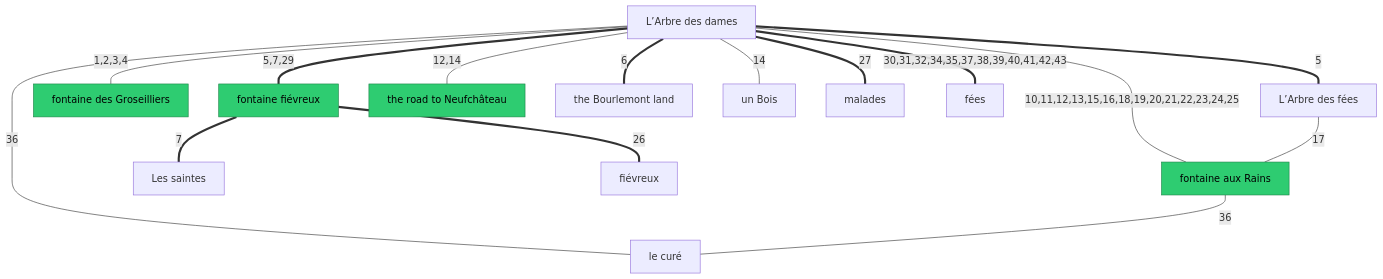
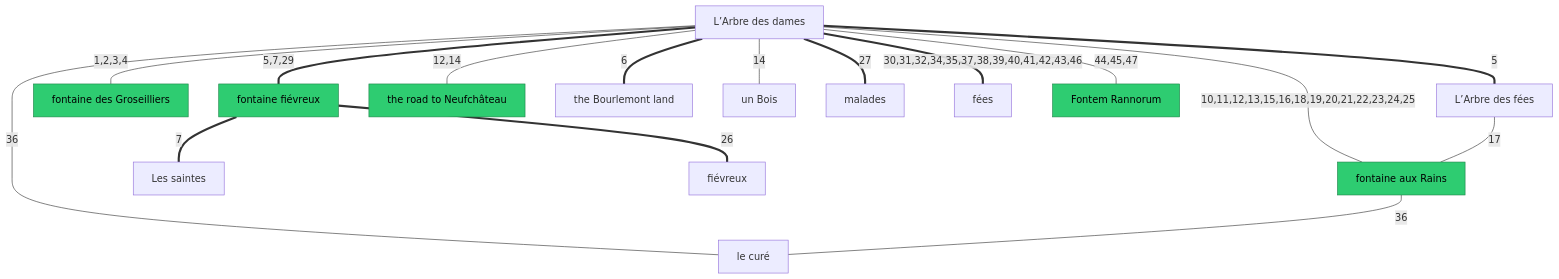
Before and after one commit to kitty-catt/the-location-of-the-arbre-des-dames-and-the-spring-of-joan-of-arc: the diagram in README.md, drawn with Mermaid. The commit also changed 2 other files, not shown here.

Commit message:
added some of the latin texts

````diff
--- a/README.md
+++ b/README.md
@@ -35,35 +35,37 @@
 ```mermaid
 graph TD
     classDef archaeological fill:#2ecc71,stroke:#1e8449,color:#000;
 
     N1["L’Arbre des dames"]
     N2["L’Arbre des fées"]
     N3["fontaine des Groseilliers"]
     N4["fontaine fiévreux"]
     N5["fontaine aux Rains"]
     N6["the road to Neufchâteau"]
     N7["the Bourlemont land"]
     N8["un Bois"]
     N9["Les saintes"]
     N10["fiévreux"]
     N11["malades"]
     N12["fées"]
     N13["le curé"]
+    N14["Fontem Rannorum"]
 
     N1 == "5" === N2
     N1 -- "1,2,3,4" --- N3
     N1 == "5,7,29" === N4
     N1 == "6" === N7
     N4 == "7" === N9
-    N1 == "30,31,32,34,35,37,38,39,40,41,42,43" === N12
+    N1 == "30,31,32,34,35,37,38,39,40,41,42,43,46" === N12
     N1 -- "36" --- N13
     N5 -- "36" --- N13
     N4 == "26" === N10
     N1 == "27" === N11
     N1 -- "10,11,12,13,15,16,18,19,20,21,22,23,24,25" --- N5
     N2 -- "17" --- N5
     N1 -- "12,14" --- N6
     N1 -- "14" --- N8
+    N1 -- "44,45,47" --- N14
 
-    class N3,N4,N5,N6 archaeological
+    class N3,N4,N5,N6,N14 archaeological
 ```
````
